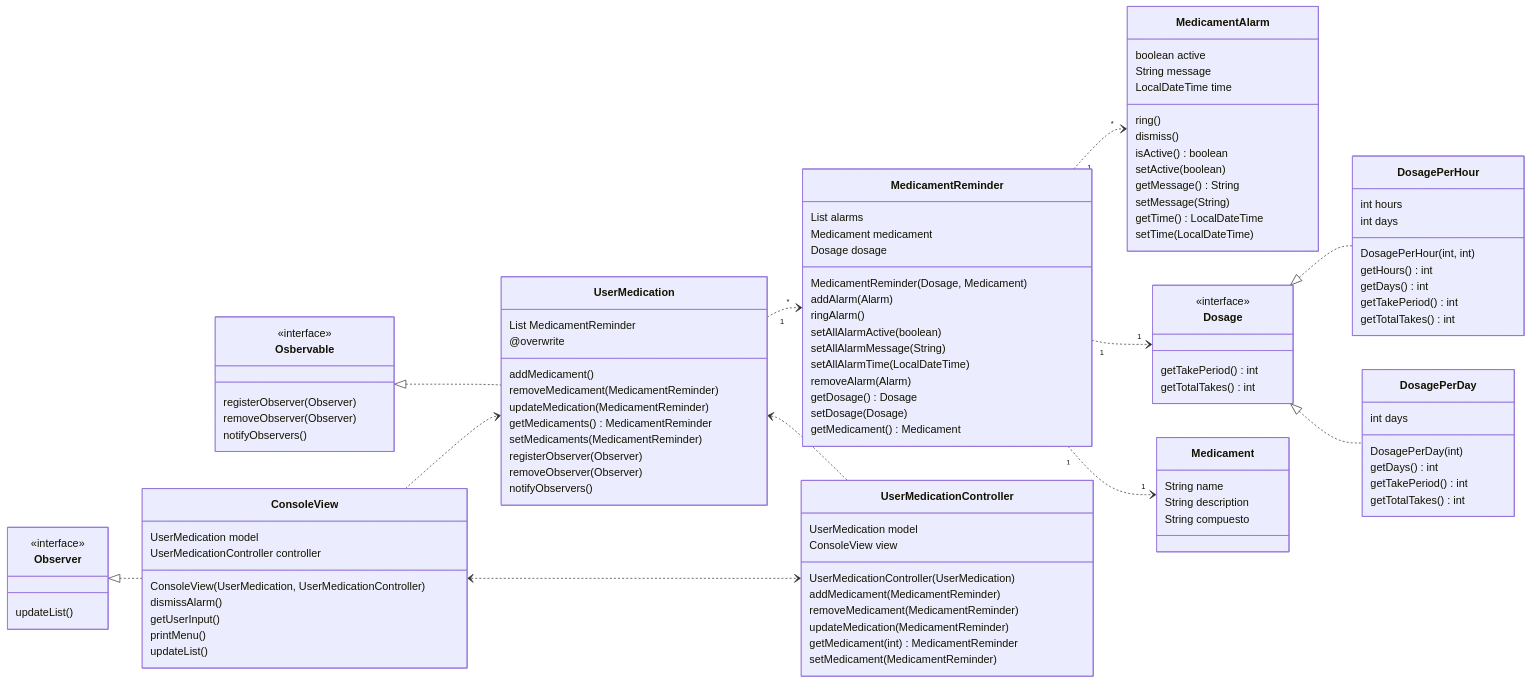
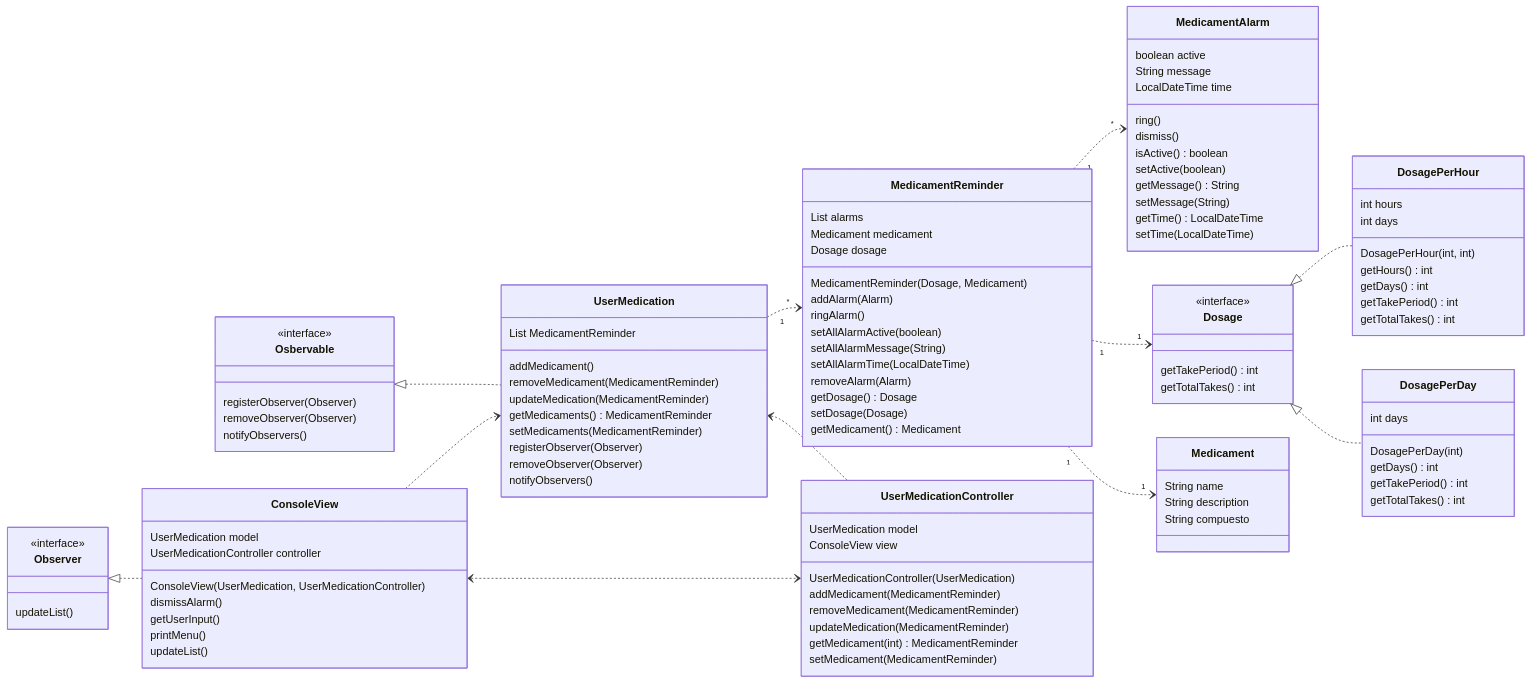
The diagram in docs/2. Requirements/Artifacts.md (jeusmatthew/Medication-System), drawn with Mermaid before and after one commit.

Commit message:
fix diagram class

```diff
--- a/docs/2. Requirements/Artifacts.md
+++ b/docs/2. Requirements/Artifacts.md
@@ -22,8 +22,7 @@
         updateMedication(MedicamentReminder)
         getMedicaments() MedicamentReminder 
         setMedicaments(MedicamentReminder)
-
-        @overwrite
+        
         registerObserver(Observer)
         removeObserver(Observer)
         notifyObservers()
```
